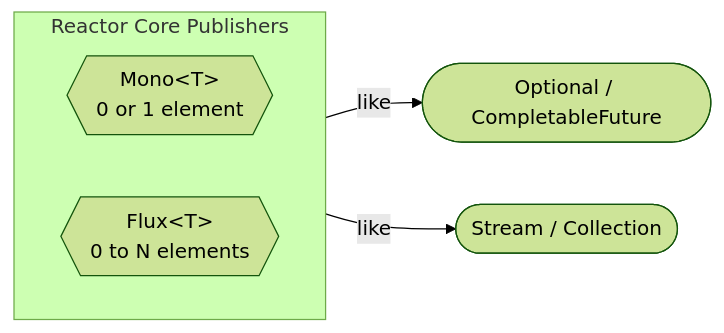
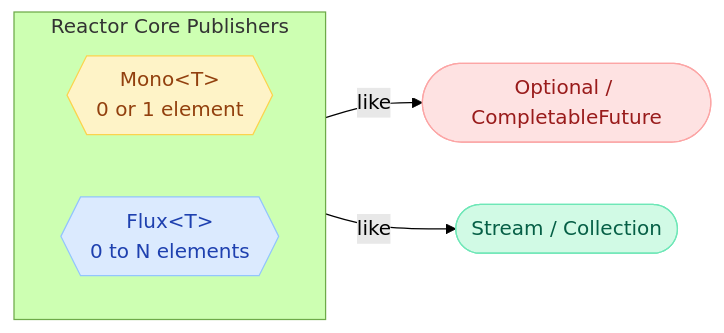
One commit to saivamsikaruturi/vamsilabs-dev-notes-main changed the fourth of 4 diagrams in docs/java/ReactiveStreams.md. Above: the diagram before and after it, drawn with Mermaid (forest theme). The commit also changed other lines of this file and 220 other files, not shown here.

First line of the commit message:
Add 50+ new Java/Spring Boot pages, rewrite CSS code blocks to Oracle style, fix all diagram colors

````diff
--- a/docs/java/ReactiveStreams.md
+++ b/docs/java/ReactiveStreams.md
@@ -213,11 +219,16 @@
 ```mermaid
 flowchart LR
     subgraph "Reactor Core Publishers"
         direction LR
         MONO{{"Mono&lt;T&gt;<br/>0 or 1 element"}}
         FLUX{{"Flux&lt;T&gt;<br/>0 to N elements"}}
     end
 
     MONO -->|"like"| OPT(["Optional / CompletableFuture"])
     FLUX -->|"like"| LIST(["Stream / Collection"])
+
+    style FLUX fill:#DBEAFE,stroke:#93C5FD,color:#1E40AF
+    style LIST fill:#D1FAE5,stroke:#6EE7B7,color:#065F46
+    style MONO fill:#FEF3C7,stroke:#FCD34D,color:#92400E
+    style OPT fill:#FEE2E2,stroke:#FCA5A5,color:#991B1B
 ```
````
